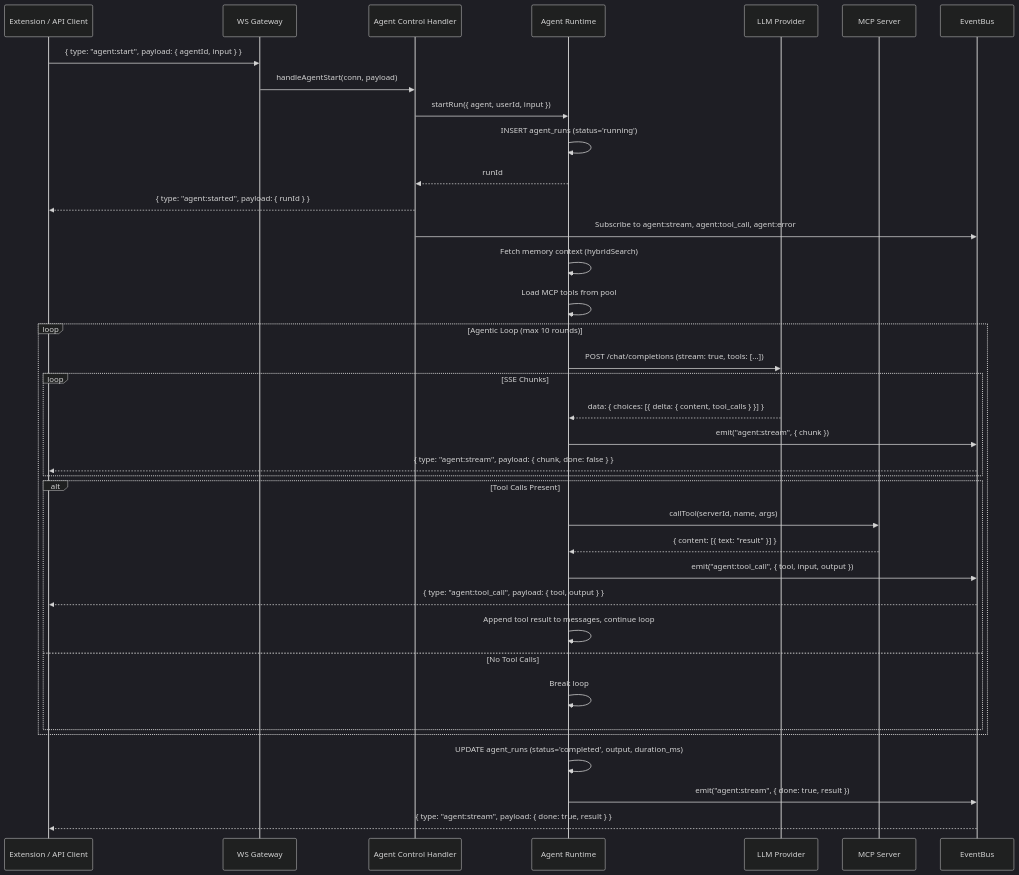
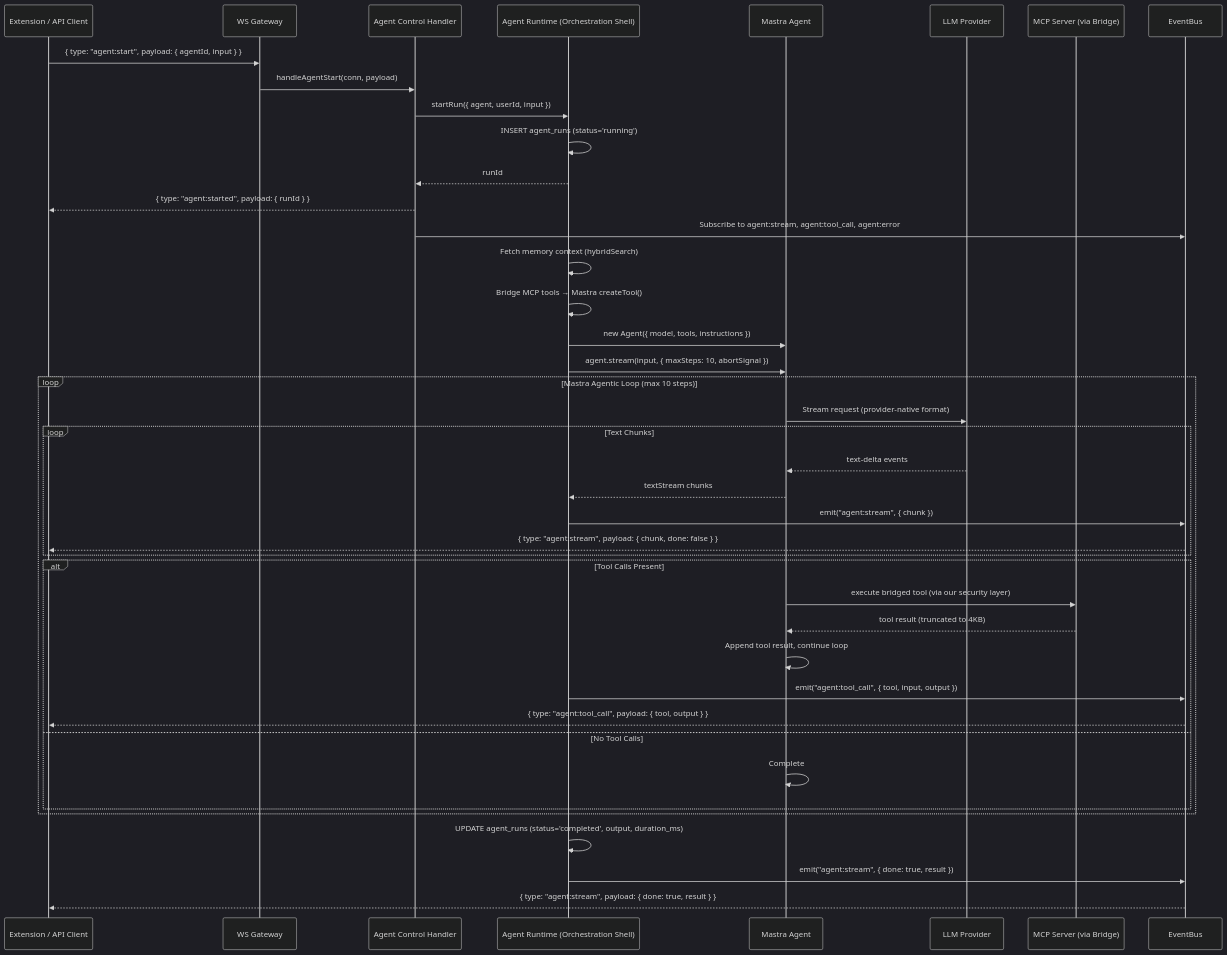
One commit to CodeCraftersLLC/regent-extension changed the fourth of 5 diagrams in README.md. Above: the diagram before and after it, drawn with Mermaid (dark theme). The commit also changed other lines of this file and 5 other files, not shown here.

First line of the commit message:
feat: refactor agent runtime to use Mastra framework

````diff
--- a/README.md
+++ b/README.md
@@ -149,44 +149,48 @@
 ```mermaid
 sequenceDiagram
     participant Client as Extension / API Client
     participant GW as WS Gateway
     participant Ctrl as Agent Control Handler
-    participant RT as Agent Runtime
+    participant RT as Agent Runtime (Orchestration Shell)
+    participant MA as Mastra Agent
     participant LLM as LLM Provider
-    participant MCP as MCP Server
+    participant MCP as MCP Server (via Bridge)
     participant Bus as EventBus
 
     Client->>GW: { type: "agent:start", payload: { agentId, input } }
     GW->>Ctrl: handleAgentStart(conn, payload)
     Ctrl->>RT: startRun({ agent, userId, input })
     RT->>RT: INSERT agent_runs (status='running')
     RT-->>Ctrl: runId
     Ctrl-->>Client: { type: "agent:started", payload: { runId } }
     Ctrl->>Bus: Subscribe to agent:stream, agent:tool_call, agent:error
 
     RT->>RT: Fetch memory context (hybridSearch)
-    RT->>RT: Load MCP tools from pool
+    RT->>RT: Bridge MCP tools → Mastra createTool()
+    RT->>MA: new Agent({ model, tools, instructions })
+    RT->>MA: agent.stream(input, { maxSteps: 10, abortSignal })
 
-    loop Agentic Loop (max 10 rounds)
-        RT->>LLM: POST /chat/completions (stream: true, tools: [...])
-        loop SSE Chunks
-            LLM-->>RT: data: { choices: [{ delta: { content, tool_calls } }] }
+    loop Mastra Agentic Loop (max 10 steps)
+        MA->>LLM: Stream request (provider-native format)
+        loop Text Chunks
+            LLM-->>MA: text-delta events
+            MA-->>RT: textStream chunks
             RT->>Bus: emit("agent:stream", { chunk })
             Bus-->>Client: { type: "agent:stream", payload: { chunk, done: false } }
         end
 
         alt Tool Calls Present
-            RT->>MCP: callTool(serverId, name, args)
-            MCP-->>RT: { content: [{ text: "result" }] }
+            MA->>MCP: execute bridged tool (via our security layer)
+            MCP-->>MA: tool result (truncated to 4KB)
+            MA->>MA: Append tool result, continue loop
             RT->>Bus: emit("agent:tool_call", { tool, input, output })
             Bus-->>Client: { type: "agent:tool_call", payload: { tool, output } }
-            RT->>RT: Append tool result to messages, continue loop
         else No Tool Calls
-            RT->>RT: Break loop
+            MA->>MA: Complete
         end
     end
 
     RT->>RT: UPDATE agent_runs (status='completed', output, duration_ms)
     RT->>Bus: emit("agent:stream", { done: true, result })
     Bus-->>Client: { type: "agent:stream", payload: { done: true, result } }
 ```
````
